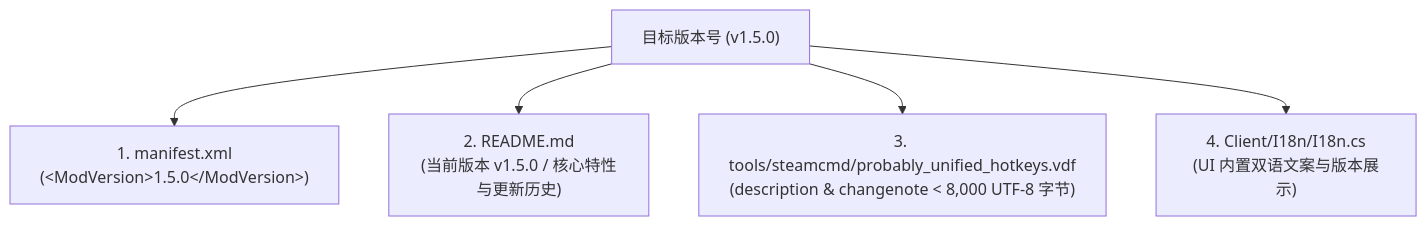
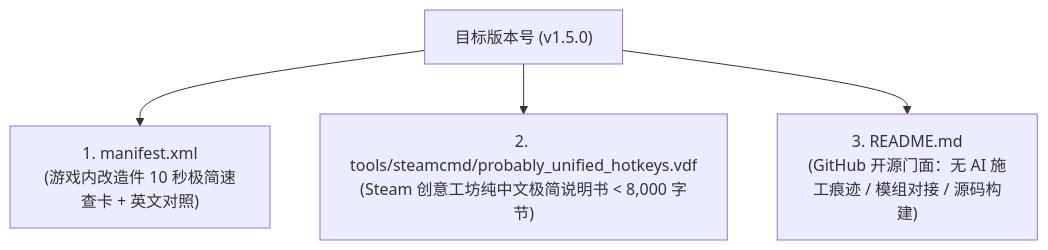
One commit to taihubai1231/Probably-Unified-Hotkeys changed the first of 2 diagrams in docs/RELEASE_SOP.md. Above: the diagram before and after it, drawn with Mermaid. The commit also changed other lines of this file and 6 other files, not shown here.

Commit message:
docs(copy): overhaul README, manifest, and Workshop VDF to minimalist user-friendly style

````diff
--- a/docs/RELEASE_SOP.md
+++ b/docs/RELEASE_SOP.md
@@ -25,8 +25,7 @@
 ```mermaid
 flowchart TD
     Ver["目标版本号 (v1.5.0)"]
-    Ver --> F1["1. manifest.xml<br/>(&lt;ModVersion&gt;1.5.0&lt;/ModVersion&gt;)"]
-    Ver --> F2["2. README.md<br/>(当前版本 v1.5.0 / 核心特性与更新历史)"]
-    Ver --> F3["3. tools/steamcmd/probably_unified_hotkeys.vdf<br/>(description & changenote &lt; 8,000 UTF-8 字节)"]
-    Ver --> F4["4. Client/I18n/I18n.cs<br/>(UI 内置双语文案与版本展示)"]
+    Ver --> F1["1. manifest.xml<br/>(游戏内改造件 10 秒极简速查卡 + 英文对照)"]
+    Ver --> F2["2. tools/steamcmd/probably_unified_hotkeys.vdf<br/>(Steam 创意工坊纯中文极简说明书 &lt; 8,000 字节)"]
+    Ver --> F3["3. README.md<br/>(GitHub 开源门面：无 AI 施工痕迹 / 模组对接 / 源码构建)"]
 ```
````
